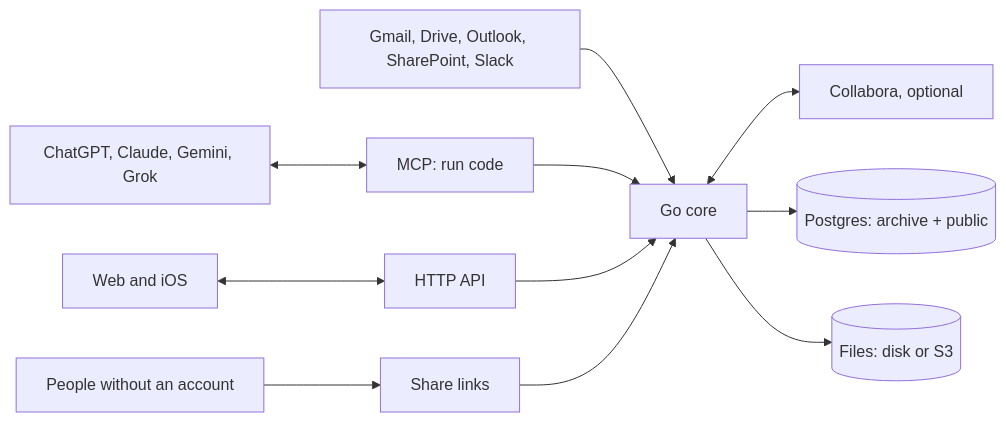
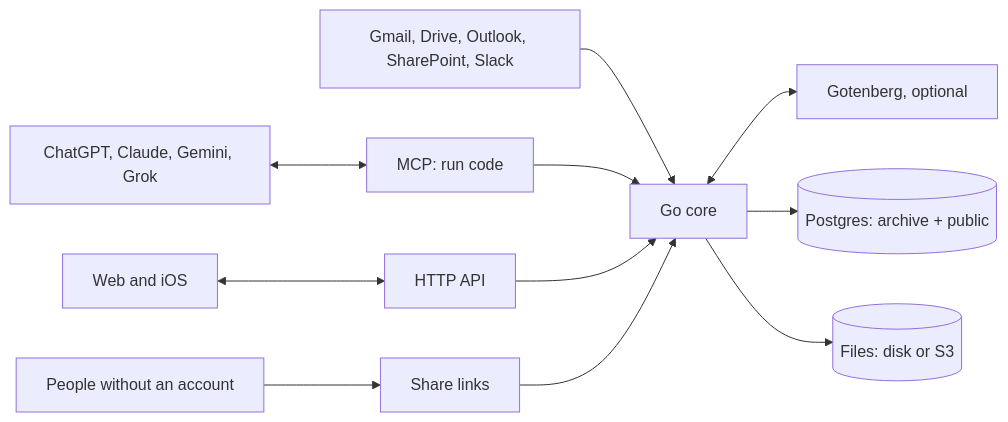
Before and after one commit to Mulholland-Inc/archive: the diagram in docs/adr/0001-architecture.md, drawn with Mermaid. The commit also changed other lines of this file, not shown here.

First line of the commit message:
ADR: documents as Office files edited by patches, Gotenberg instead of Collabora (#35)

````diff
--- a/docs/adr/0001-architecture.md
+++ b/docs/adr/0001-architecture.md
@@ -11,10 +11,10 @@
 ```mermaid
 flowchart LR
   Connectors[Gmail, Drive, Outlook, SharePoint, Slack] --> Core[Go core]
   Apps[ChatGPT, Claude, Gemini, Grok] <--> MCP[MCP: run code] --> Core
   Clients[Web and iOS] <--> API[HTTP API] --> Core
   Guests[People without an account] --> Shares[Share links] --> Core
-  Core <--> Office[Collabora, optional]
+  Core <--> Render[Gotenberg, optional]
   Core --> PG[(Postgres: archive + public)]
   Core --> Files[(Files: disk or S3)]
 ```
````
